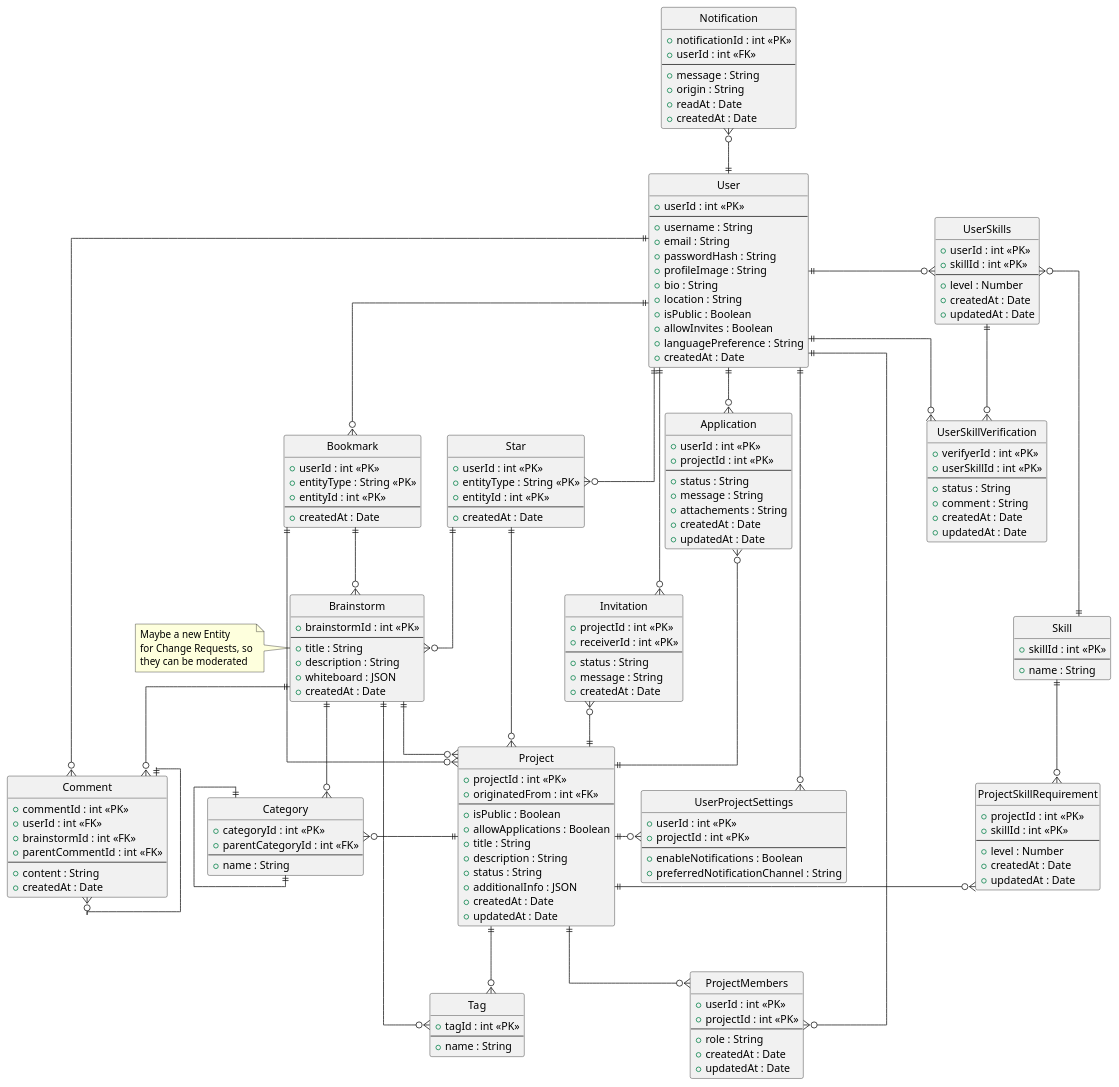
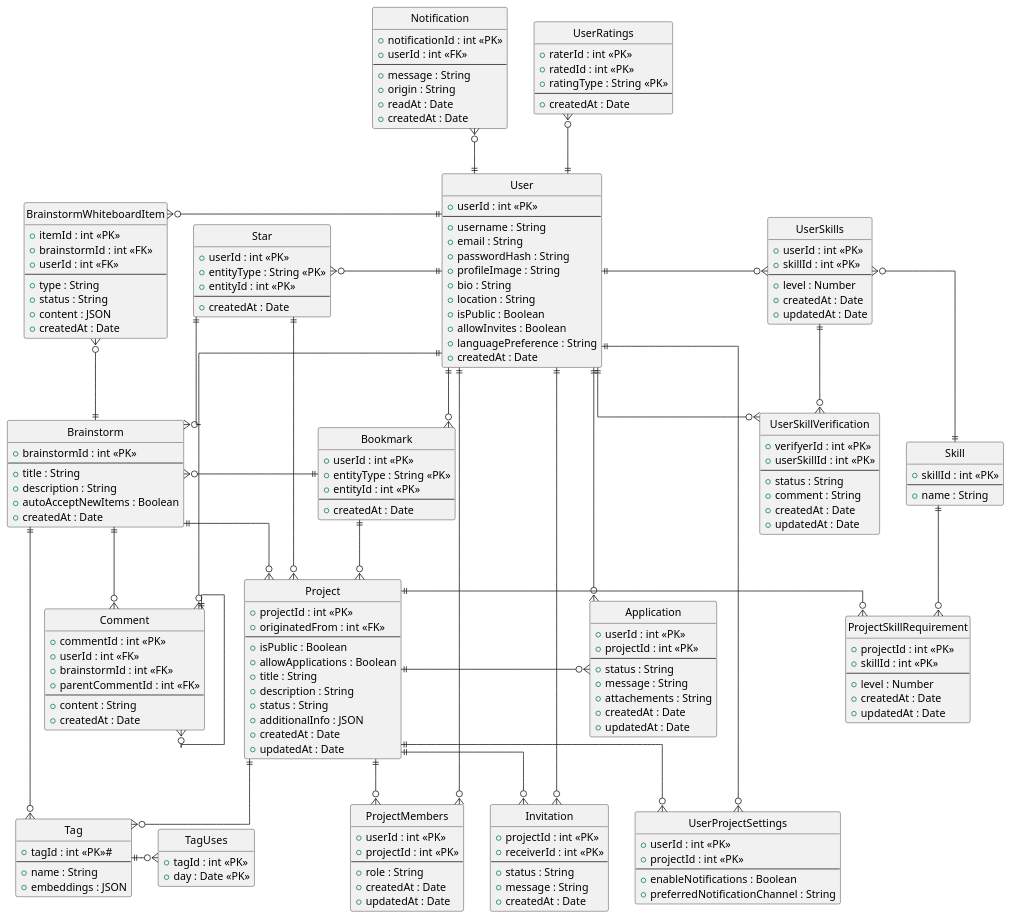
The diagram in ERDiagramm.puml (th-koeln-team-finder/p1-vision-concept), drawn with PlantUML before and after one commit. The commit also changed 1 other file, not shown here.

Commit message:
Add new features to er-diagram

```diff
--- a/ERDiagramm.puml
+++ b/ERDiagramm.puml
@@ -2,6 +2,8 @@
 skinparam linetype ortho
 hide circle
 hide empty methods
+
+' tags text search (in usecases und Datenbanken und techstech einbauen), brainstorm moderation settings
 
 entity User {
     + userId : int <<PK>>
@@ -18,11 +20,12 @@
     + createdAt : Date
 }
 
-entity Category {
-    + categoryId : int <<PK>>
-    + parentCategoryId : int <<FK>>
+entity UserRatings {
+    + raterId : int <<PK>>
+    + ratedId : int <<PK>>
+    + ratingType : String <<PK>>
     --
-    + name : String
+    + createdAt : Date
 }
 
 entity Project {
@@ -111,9 +114,15 @@
 }
 
 entity Tag {
-    + tagId : int <<PK>>
+    + tagId : int <<PK>>#
     --
     + name : String
+    + embeddings : JSON
+}
+
+entity TagUses {
+    + tagId : int <<PK>>
+    + day : Date <<PK>>
 }
 
 entity Notification {
@@ -139,11 +148,20 @@
     --
     + title : String
     + description : String
-    + whiteboard : JSON
+    + autoAcceptNewItems : Boolean
     + createdAt : Date
 }
 
-note left of Brainstorm : Maybe a new Entity\nfor Change Requests, so\nthey can be moderated
+entity BrainstormWhiteboardItem {
+    + itemId : int <<PK>>
+    + brainstormId : int <<FK>>
+    + userId : int <<FK>>
+    --
+    + type : String
+    + status : String
+    + content : JSON
+    + createdAt : Date
+}
 
 entity Comment {
     + commentId : int <<PK>>
@@ -165,6 +183,7 @@
 
 Comment ||--o{ Comment
 
+User ||-u-o{ UserRatings
 User ||--o{ ProjectMembers
 User ||-r-o{ UserSkills
 User ||--o{ UserSkillVerification
@@ -174,17 +193,19 @@
 User ||-u-o{ Notification
 User ||--o{ Bookmark
 User ||--o{ Comment
-User ||--o{ Star
+User ||-l-o{ Star
+User ||-l-o{ BrainstormWhiteboardItem
 
-Category ||--|| Category
-
-Project ||-l-o{ Category
 Project ||--o{ Tag
 Project ||-r-o{ ProjectSkillRequirement
 Project ||--o{ ProjectMembers
-Project ||-r-o{ UserProjectSettings
-Project ||-u-o{ Application
-Project ||-u-o{ Invitation
+Project ||--o{ UserProjectSettings
+Project ||-r-o{ Application
+Project ||--o{ Invitation
+
+Application -[hidden]- UserProjectSettings
+Application -r[hidden]- Invitation
+Bookmark -r[hidden]- ProjectMembers
 
 Skill ||-l-o{ UserSkills
 Skill ||--o{ ProjectSkillRequirement
@@ -192,14 +213,16 @@
 Brainstorm ||--o{ Project
 Brainstorm ||--o{ Comment
 Brainstorm ||--o{ Tag
-Brainstorm ||--o{ Category
+Brainstorm ||-u-o{ BrainstormWhiteboardItem
 
 UserSkills ||--o{ UserSkillVerification
 
 Bookmark ||--o{ Project
-Bookmark ||--o{ Brainstorm
+Bookmark ||-l-o{ Brainstorm
 
 Star ||--o{ Project
 Star ||--o{ Brainstorm
 
+Tag ||-r-o{ TagUses
+
 @enduml
```
